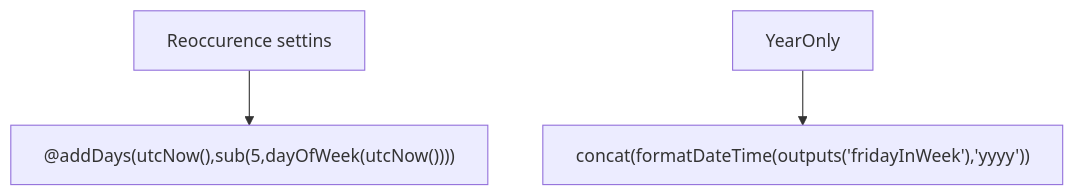
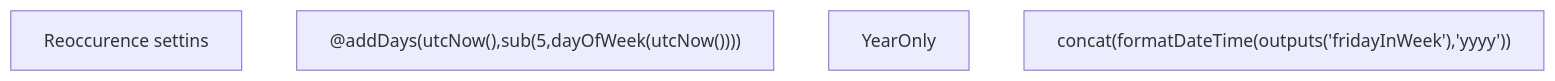
One commit to CharlesL-Sec/Power-Automate-Weekly-Reporting-Flow-Code changed the diagram in README.md. Above: the diagram before and after it, drawn with Mermaid.

````diff
--- a/README.md
+++ b/README.md
@@ -37,10 +37,12 @@
 ```mermaid
 
 graph TD;
-  trigger[Reoccurence settins] -->getfridaydate["@addDays(utcNow(),sub(5,dayOfWeek(utcNow())))"]
-  setvariables[YearOnly] -->yearOnly["concat(formatDateTime(outputs('fridayInWeek'),'yyyy'))"]
+  trigger[Reoccurence settins]
+  getfridaydate["@addDays(utcNow(),sub(5,dayOfWeek(utcNow())))"]
+  setvariables[YearOnly]
+  yearOnly["concat(formatDateTime(outputs('fridayInWeek'),'yyyy'))"]
 
 
 
 
 ```
````
